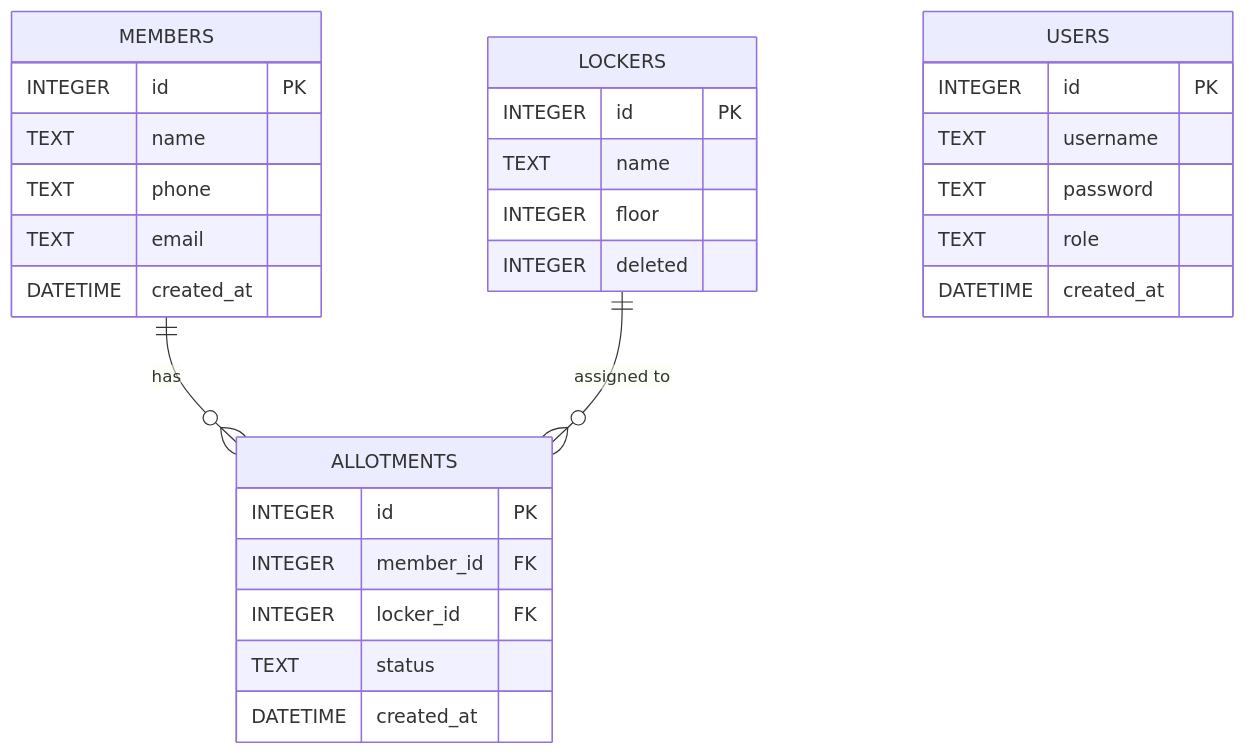
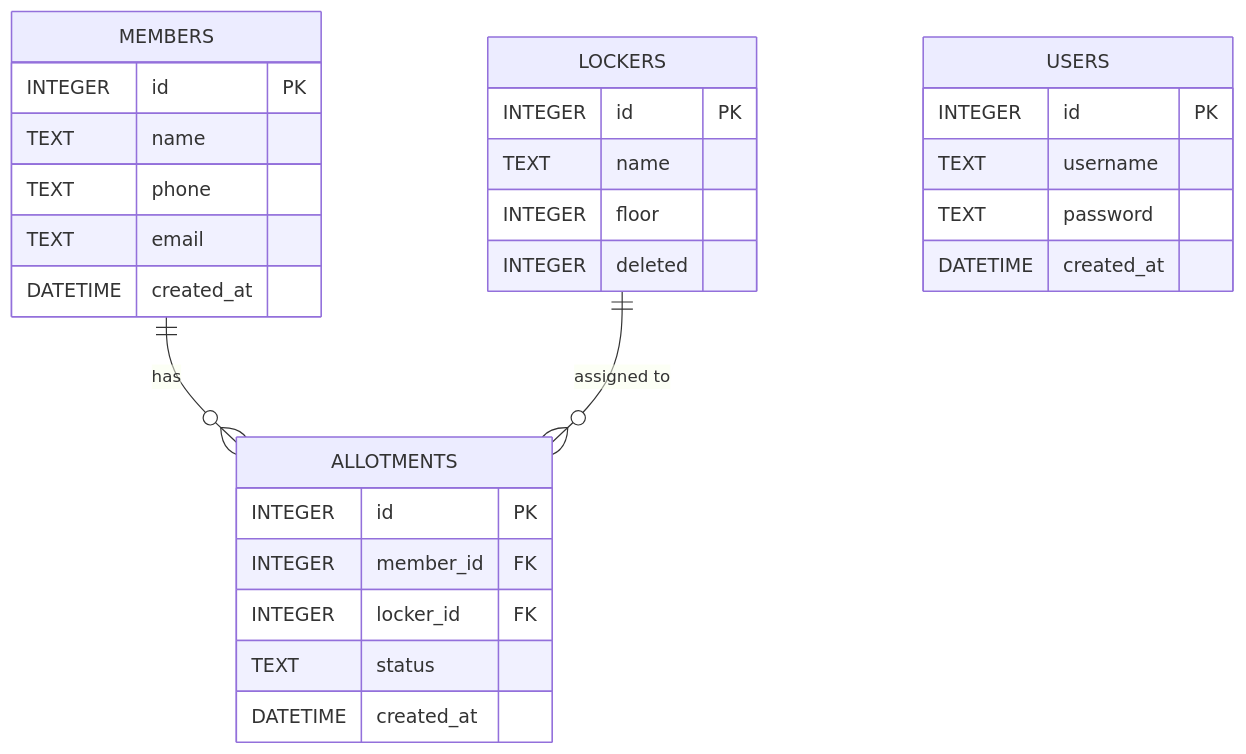
Before and after one commit to manikantareddemoni-glitch/fitnest-gym-api: the diagram in README.md, drawn with Mermaid. The commit also changed other lines of this file and 34 other files, not shown here.

````diff
--- a/README.md
+++ b/README.md
@@ -150,35 +149,34 @@
 ```mermaid
 erDiagram
     MEMBERS ||--o{ ALLOTMENTS : "has"
     LOCKERS ||--o{ ALLOTMENTS : "assigned to"
     USERS {
         INTEGER id PK
         TEXT username
         TEXT password
-        TEXT role
         DATETIME created_at
     }
 
     MEMBERS {
         INTEGER id PK
         TEXT name
         TEXT phone
         TEXT email
         DATETIME created_at
     }
 
     LOCKERS {
         INTEGER id PK
         TEXT name
         INTEGER floor
         INTEGER deleted
     }
 
     ALLOTMENTS {
         INTEGER id PK
         INTEGER member_id FK
         INTEGER locker_id FK
         TEXT status
         DATETIME created_at
     }
 ```
````
